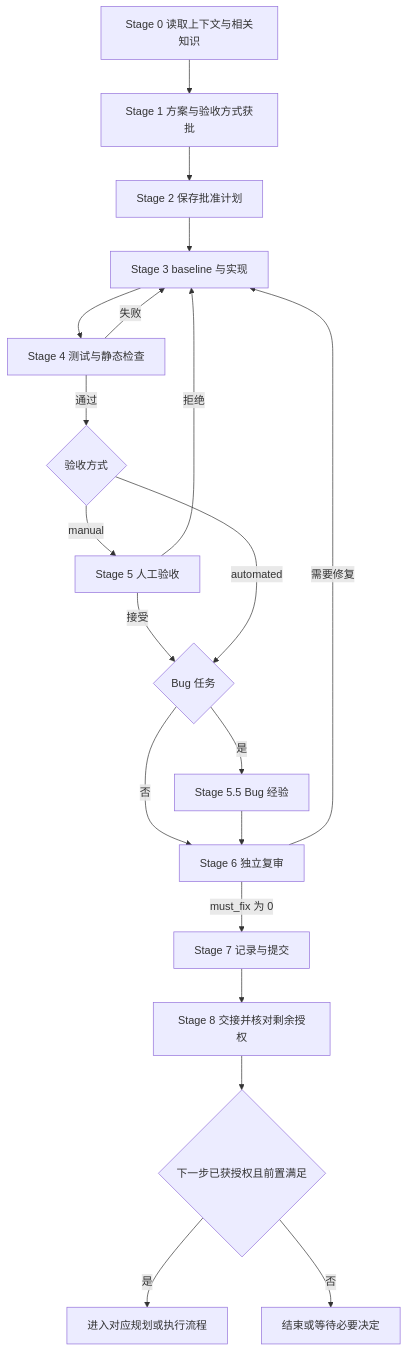
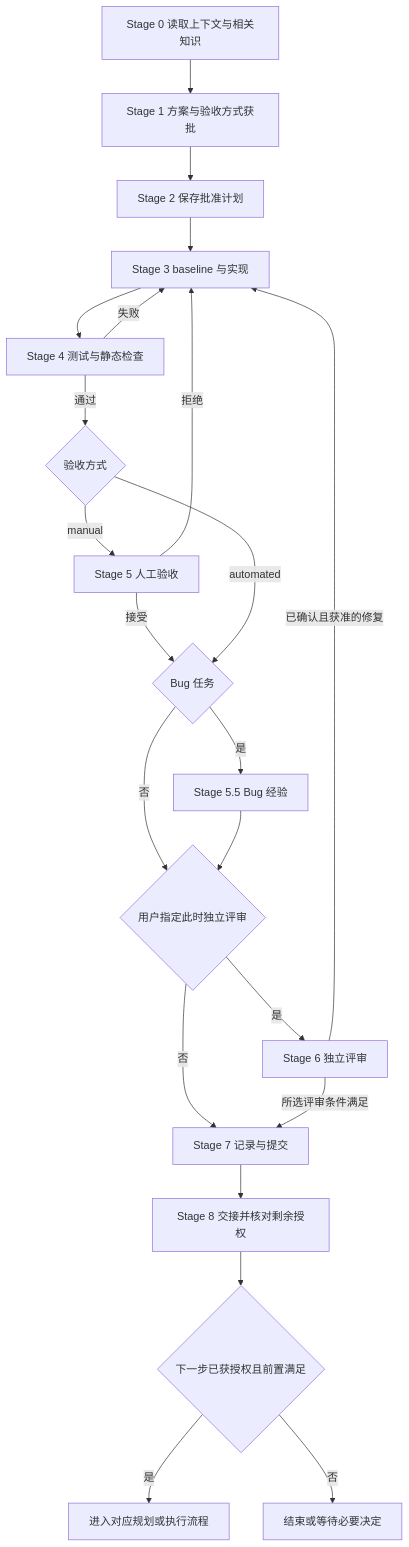
The diagram in framework/docs/blank-project/guides/feature-delivery.md (yxy823/Game_idle_yaya_frame), drawn with Mermaid before and after one commit. The commit also changed other lines of this file and 27 other files, not shown here.

````diff
--- a/framework/docs/blank-project/guides/feature-delivery.md
+++ b/framework/docs/blank-project/guides/feature-delivery.md
@@ -34,22 +34,24 @@
 ```mermaid
 flowchart TD
     S0[Stage 0 读取上下文与相关知识] --> S1[Stage 1 方案与验收方式获批]
     S1 --> S2[Stage 2 保存批准计划]
     S2 --> S3[Stage 3 baseline 与实现]
     S3 --> S4[Stage 4 测试与静态检查]
     S4 -->|失败| S3
     S4 -->|通过| A{验收方式}
     A -->|manual| S5[Stage 5 人工验收]
     S5 -->|拒绝| S3
     S5 -->|接受| B{Bug 任务}
     A -->|automated| B
     B -->|是| S55[Stage 5.5 Bug 经验]
-    B -->|否| S6[Stage 6 独立复审]
-    S55 --> S6
-    S6 -->|需要修复| S3
-    S6 -->|must_fix 为 0| S7[Stage 7 记录与提交]
+    B -->|否| R{用户指定此时独立评审}
+    S55 --> R
+    R -->|是| S6[Stage 6 独立评审]
+    R -->|否| S7[Stage 7 记录与提交]
+    S6 -->|已确认且获准的修复| S3
+    S6 -->|所选评审条件满足| S7
     S7 --> S8[Stage 8 交接并核对剩余授权]
     S8 --> N{下一步已获授权且前置满足}
     N -->|是| W[进入对应规划或执行流程]
     N -->|否| E[结束或等待必要决定]
 ```
````
